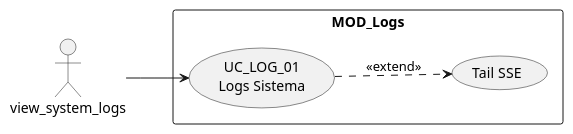
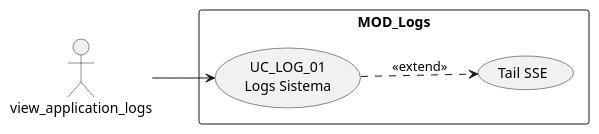
Before and after one commit to jcg-admin/IACT-docs: the first of 4 diagrams in source/requisitos/casos-uso/logs/uc-log-01/diagramas-uml.rst, drawn with PlantUML. The commit also changed 157 other files, not shown here.

First line of the commit message:
Enforce catalog function names across all diagrams

```diff
--- a/source/requisitos/casos-uso/logs/uc-log-01/diagramas-uml.rst
+++ b/source/requisitos/casos-uso/logs/uc-log-01/diagramas-uml.rst
@@ -10,12 +10,12 @@
 .. uml::
 
  @startuml
  left to right direction
- actor "view_system_logs" as USR
+ actor "view_application_logs" as USR
  rectangle "MOD_Logs" {
    usecase "UC_LOG_01\nLogs Sistema" as UC01
    usecase "Tail SSE" as T
  }
  USR --> UC01
  UC01 ..> T : <<extend>>
  @enduml
```
